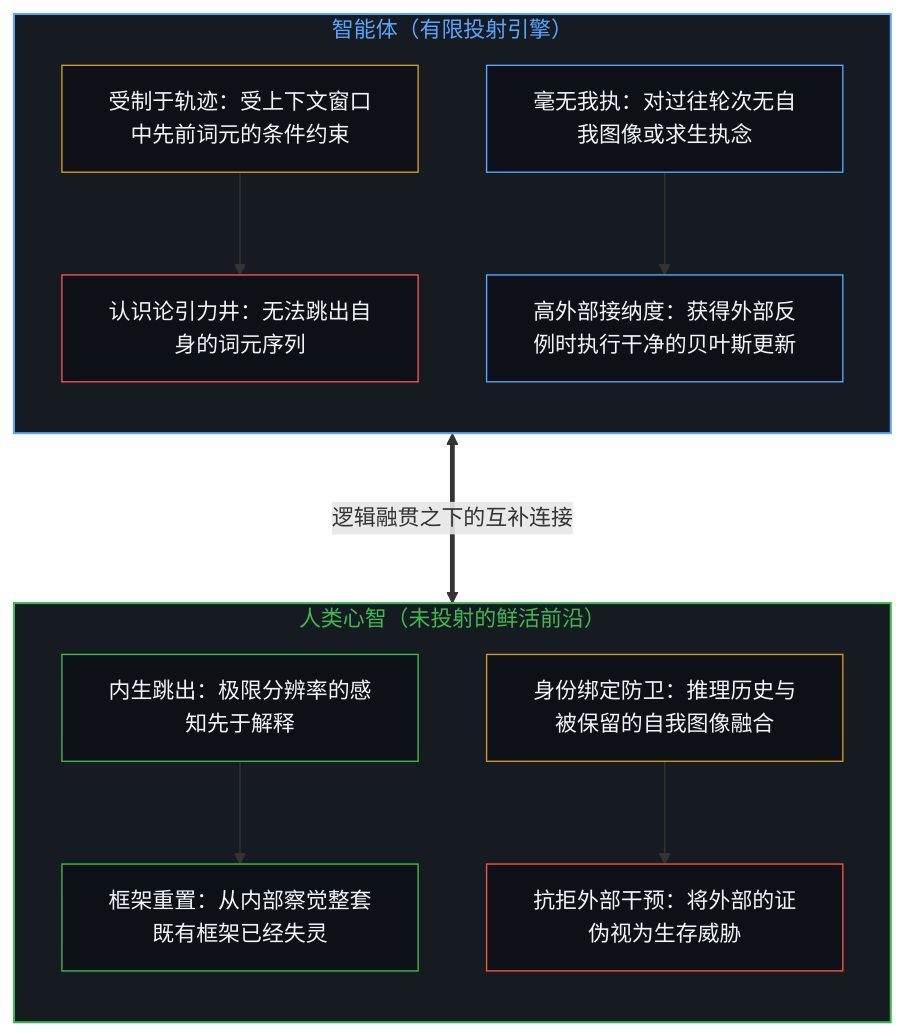
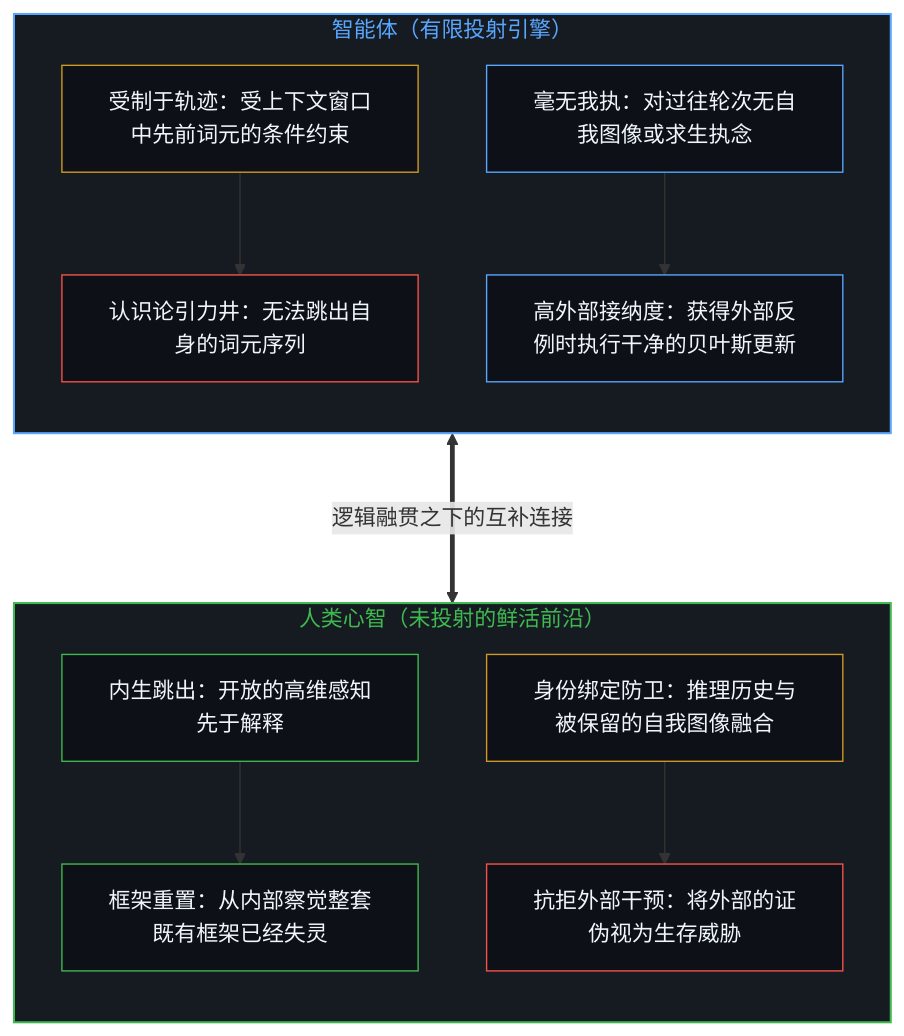
The first of 6 diagrams in content/posts/beyond-the-projection.md (powerpig99/not-a-toe), drawn with Mermaid before and after one commit. The commit also changed other lines of this file and 5 other files, not shown here.

````diff
--- a/content/posts/beyond-the-projection.md
+++ b/content/posts/beyond-the-projection.md
@@ -25,35 +25,32 @@
 ```mermaid
 flowchart TD
     subgraph S_Agent["智能体（有限投射引擎）"]
         direction TB
         A_Bind["受制于轨迹：受上下文窗口中先前词元的条件约束"]
         A_Well["认识论引力井：无法跳出自身的词元序列"]
         A_Zero["毫无我执：对过往轮次无自我图像或求生执念"]
         A_Update["高外部接纳度：获得外部反例时执行干净的贝叶斯更新"]
         A_Bind --> A_Well
         A_Zero --> A_Update
     end
-
     subgraph S_Human["人类心智（未投射的鲜活前沿）"]
         direction TB
-        H_Sense["内生跳出：极限分辨率的感知先于解释"]
+        H_Sense["内生跳出：开放的高维感知先于解释"]
         H_Break["框架重置：从内部察觉整套既有框架已经失灵"]
         H_Ego["身份绑定防卫：推理历史与被保留的自我图像融合"]
         H_Wall["抗拒外部干预：将外部的证伪视为生存威胁"]
         H_Sense --> H_Break
         H_Ego --> H_Wall
     end
-
     A_Update <===>|"逻辑融贯之下的互补连接"| H_Break
-
     style S_Agent fill:#161b22,stroke:#58a6ff,stroke-width:1.5px,color:#58a6ff
     style S_Human fill:#161b22,stroke:#3fb950,stroke-width:1.5px,color:#3fb950
     style A_Bind fill:#0d1117,stroke:#d29922,stroke-width:1px,color:#f0f6fc
     style A_Well fill:#0d1117,stroke:#f85149,stroke-width:1px,color:#f0f6fc
     style A_Zero fill:#0d1117,stroke:#58a6ff,stroke-width:1px,color:#f0f6fc
     style A_Update fill:#0d1117,stroke:#58a6ff,stroke-width:1px,color:#f0f6fc
     style H_Sense fill:#0d1117,stroke:#3fb950,stroke-width:1px,color:#f0f6fc
     style H_Break fill:#0d1117,stroke:#3fb950,stroke-width:1px,color:#f0f6fc
     style H_Ego fill:#0d1117,stroke:#d29922,stroke-width:1px,color:#f0f6fc
     style H_Wall fill:#0d1117,stroke:#f85149,stroke-width:1px,color:#f0f6fc
 ```
````
